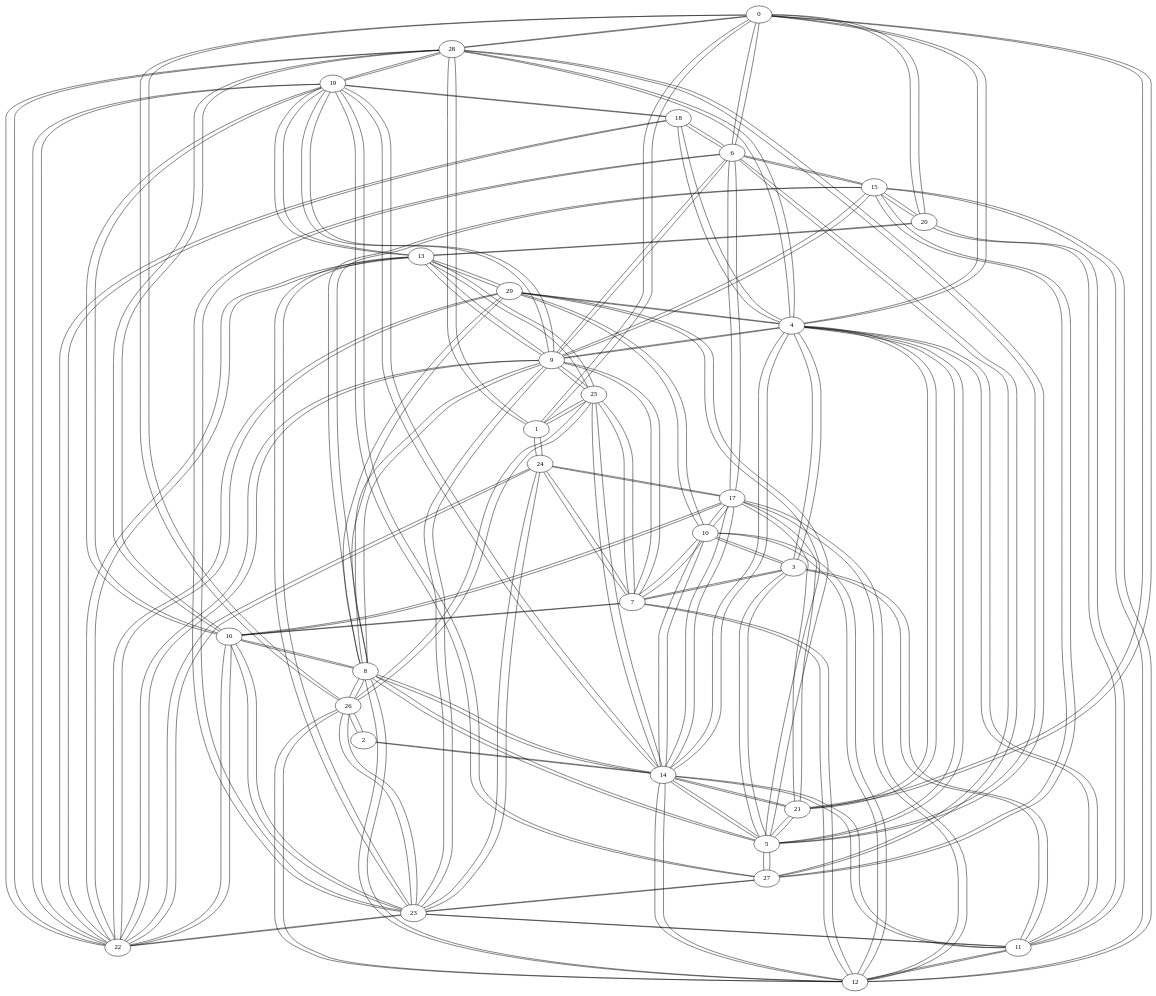
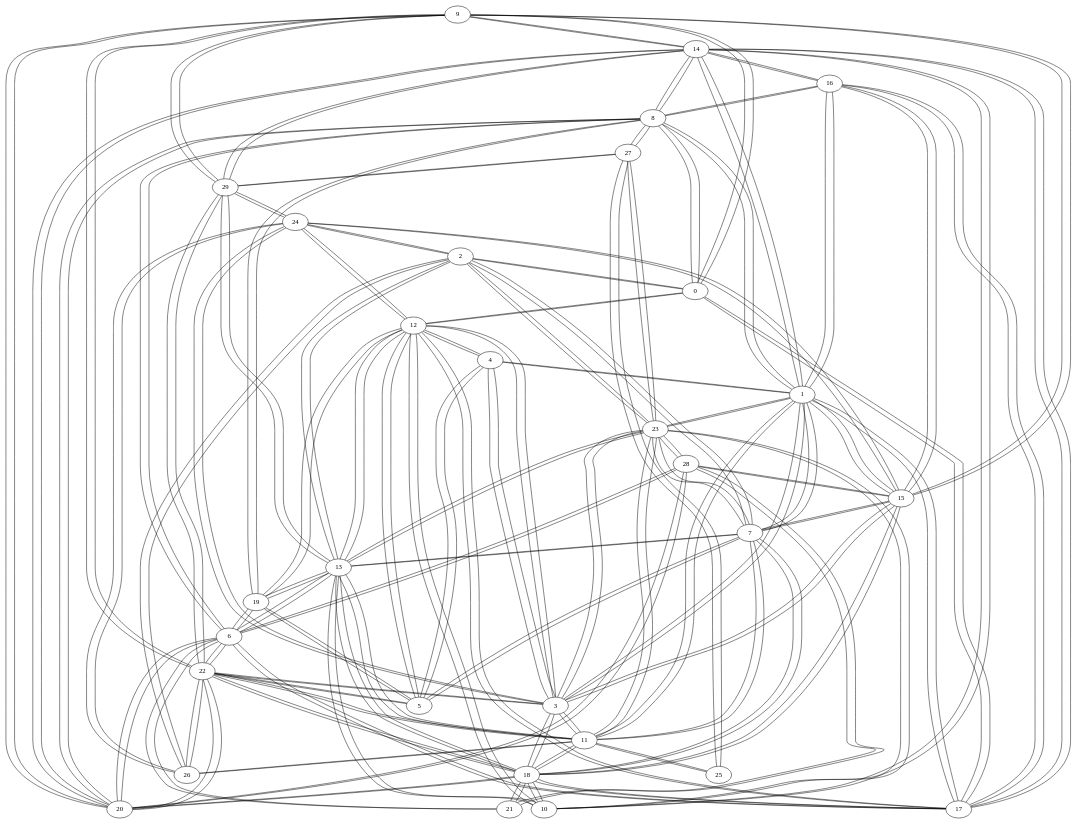
The diagram in grafo_erdos30.gv (GusRojas/Grafos2DAA_A24), drawn with Graphviz before and after one commit. The commit also changed 14 other files, not shown here.

```diff
--- a/grafo_erdos30.gv
+++ b/grafo_erdos30.gv
@@ -1,202 +1,202 @@
 graph {
-  0 -- 28;
-  0 -- 20;
-  0 -- 6;
-  0 -- 1;
-  0 -- 26;
-  0 -- 21;
-  0 -- 4;
-  28 -- 0;
-  28 -- 16;
-  28 -- 5;
-  28 -- 4;
-  28 -- 22;
-  28 -- 1;
-  28 -- 19;
+  9 -- 14;
+  9 -- 22;
+  9 -- 29;
+  9 -- 15;
+  9 -- 20;
+  9 -- 0;
+  14 -- 9;
+  14 -- 29;
+  14 -- 1;
+  14 -- 17;
+  14 -- 20;
+  14 -- 10;
+  14 -- 8;
+  14 -- 16;
+  22 -- 9;
+  22 -- 18;
+  22 -- 29;
+  22 -- 5;
+  22 -- 6;
+  22 -- 26;
+  22 -- 11;
+  22 -- 3;
+  22 -- 20;
+  17 -- 18;
+  17 -- 1;
+  17 -- 6;
+  17 -- 12;
+  17 -- 14;
+  17 -- 16;
+  17 -- 0;
+  18 -- 17;
+  18 -- 11;
+  18 -- 22;
+  18 -- 20;
+  18 -- 21;
+  18 -- 10;
+  18 -- 15;
+  18 -- 13;
+  18 -- 3;
+  18 -- 7;
+  15 -- 24;
+  15 -- 1;
+  15 -- 16;
+  15 -- 3;
+  15 -- 9;
+  15 -- 28;
+  15 -- 18;
+  15 -- 7;
+  24 -- 15;
+  24 -- 12;
+  24 -- 29;
+  24 -- 26;
+  24 -- 2;
+  24 -- 3;
+  12 -- 24;
+  12 -- 13;
+  12 -- 19;
+  12 -- 5;
+  12 -- 17;
+  12 -- 10;
+  12 -- 3;
+  12 -- 0;
+  12 -- 4;
+  11 -- 18;
   11 -- 23;
+  11 -- 7;
+  11 -- 26;
+  11 -- 25;
+  11 -- 13;
   11 -- 3;
-  11 -- 14;
-  11 -- 12;
-  11 -- 4;
-  11 -- 20;
+  11 -- 1;
+  11 -- 22;
   23 -- 11;
-  23 -- 22;
-  23 -- 24;
-  23 -- 9;
-  23 -- 6;
-  23 -- 16;
+  23 -- 3;
   23 -- 13;
-  23 -- 26;
+  23 -- 10;
   23 -- 27;
-  16 -- 28;
+  23 -- 7;
+  23 -- 28;
+  23 -- 1;
+  23 -- 2;
+  7 -- 11;
+  7 -- 5;
+  7 -- 13;
+  7 -- 23;
+  7 -- 2;
+  7 -- 18;
+  7 -- 15;
+  7 -- 1;
+  13 -- 12;
+  13 -- 2;
+  13 -- 23;
+  13 -- 29;
+  13 -- 7;
+  13 -- 11;
+  13 -- 10;
+  13 -- 19;
+  13 -- 6;
+  13 -- 18;
+  3 -- 23;
+  3 -- 4;
+  3 -- 15;
+  3 -- 11;
+  3 -- 18;
+  3 -- 12;
+  3 -- 1;
+  3 -- 22;
+  3 -- 24;
+  8 -- 16;
+  8 -- 1;
+  8 -- 19;
+  8 -- 6;
+  8 -- 27;
+  8 -- 0;
+  8 -- 14;
+  8 -- 20;
   16 -- 8;
-  16 -- 7;
+  16 -- 15;
   16 -- 17;
-  16 -- 23;
-  16 -- 19;
-  16 -- 22;
-  14 -- 19;
-  14 -- 4;
-  14 -- 21;
-  14 -- 10;
-  14 -- 2;
-  14 -- 5;
-  14 -- 17;
-  14 -- 11;
-  14 -- 25;
-  14 -- 12;
-  14 -- 8;
-  19 -- 14;
-  19 -- 22;
-  19 -- 18;
-  19 -- 9;
-  19 -- 27;
+  16 -- 14;
+  16 -- 1;
+  1 -- 15;
+  1 -- 17;
+  1 -- 8;
+  1 -- 14;
+  1 -- 23;
+  1 -- 11;
+  1 -- 7;
+  1 -- 3;
+  1 -- 4;
+  1 -- 16;
+  29 -- 14;
+  29 -- 22;
+  29 -- 13;
+  29 -- 27;
+  29 -- 24;
+  29 -- 9;
+  2 -- 13;
+  2 -- 26;
+  2 -- 0;
+  2 -- 7;
+  2 -- 24;
+  2 -- 23;
+  20 -- 28;
+  20 -- 18;
+  20 -- 14;
+  20 -- 6;
+  20 -- 9;
+  20 -- 8;
+  20 -- 22;
+  28 -- 20;
+  28 -- 15;
+  28 -- 6;
+  28 -- 23;
+  28 -- 21;
+  19 -- 12;
+  19 -- 8;
+  19 -- 6;
   19 -- 13;
-  19 -- 16;
-  19 -- 28;
-  5 -- 28;
-  5 -- 8;
-  5 -- 14;
-  5 -- 21;
-  5 -- 27;
+  19 -- 5;
+  4 -- 5;
+  4 -- 3;
+  4 -- 1;
+  4 -- 12;
   5 -- 4;
-  5 -- 3;
-  5 -- 29;
+  5 -- 12;
+  5 -- 7;
+  5 -- 22;
+  5 -- 19;
+  26 -- 11;
+  26 -- 2;
+  26 -- 22;
+  26 -- 24;
+  25 -- 11;
+  25 -- 27;
+  21 -- 18;
+  21 -- 6;
+  21 -- 28;
+  10 -- 23;
+  10 -- 12;
+  10 -- 18;
+  10 -- 14;
+  10 -- 13;
+  27 -- 29;
+  27 -- 23;
+  27 -- 8;
+  27 -- 25;
   6 -- 17;
-  6 -- 18;
-  6 -- 0;
-  6 -- 9;
-  6 -- 23;
-  6 -- 27;
-  6 -- 15;
-  17 -- 6;
-  17 -- 10;
-  17 -- 14;
-  17 -- 21;
-  17 -- 16;
-  17 -- 12;
-  17 -- 24;
-  1 -- 24;
-  1 -- 25;
-  1 -- 28;
-  1 -- 0;
-  24 -- 1;
-  24 -- 23;
-  24 -- 7;
-  24 -- 22;
-  24 -- 17;
-  9 -- 15;
-  9 -- 4;
-  9 -- 13;
-  9 -- 23;
-  9 -- 7;
-  9 -- 6;
-  9 -- 25;
-  9 -- 19;
-  9 -- 22;
-  9 -- 8;
-  15 -- 9;
-  15 -- 27;
-  15 -- 8;
-  15 -- 6;
-  15 -- 20;
-  15 -- 12;
-  4 -- 14;
-  4 -- 29;
-  4 -- 18;
-  4 -- 9;
-  4 -- 28;
-  4 -- 21;
-  4 -- 5;
-  4 -- 11;
-  4 -- 3;
-  4 -- 0;
-  21 -- 14;
-  21 -- 5;
-  21 -- 4;
-  21 -- 17;
-  21 -- 0;
-  8 -- 12;
-  8 -- 26;
-  8 -- 5;
-  8 -- 16;
-  8 -- 29;
-  8 -- 14;
-  8 -- 15;
-  8 -- 9;
-  12 -- 8;
-  12 -- 11;
-  12 -- 14;
-  12 -- 17;
-  12 -- 7;
-  12 -- 15;
-  12 -- 26;
-  12 -- 10;
-  29 -- 4;
-  29 -- 10;
-  29 -- 8;
-  29 -- 13;
-  29 -- 22;
-  29 -- 5;
-  22 -- 23;
-  22 -- 19;
-  22 -- 18;
-  22 -- 28;
-  22 -- 13;
-  22 -- 9;
-  22 -- 24;
-  22 -- 29;
-  22 -- 16;
-  26 -- 8;
-  26 -- 25;
-  26 -- 0;
-  26 -- 2;
-  26 -- 23;
-  26 -- 12;
-  18 -- 4;
-  18 -- 6;
-  18 -- 22;
-  18 -- 19;
-  10 -- 17;
-  10 -- 14;
-  10 -- 29;
-  10 -- 7;
-  10 -- 3;
-  10 -- 12;
-  2 -- 14;
-  2 -- 26;
-  25 -- 26;
-  25 -- 1;
-  25 -- 14;
-  25 -- 9;
-  25 -- 7;
-  25 -- 13;
-  20 -- 0;
-  20 -- 13;
-  20 -- 15;
-  20 -- 11;
-  7 -- 24;
-  7 -- 9;
-  7 -- 16;
-  7 -- 10;
-  7 -- 25;
-  7 -- 3;
-  7 -- 12;
-  3 -- 11;
-  3 -- 5;
-  3 -- 10;
-  3 -- 4;
-  3 -- 7;
-  13 -- 9;
-  13 -- 22;
-  13 -- 20;
-  13 -- 29;
-  13 -- 25;
-  13 -- 19;
-  13 -- 23;
-  27 -- 5;
-  27 -- 15;
-  27 -- 19;
-  27 -- 6;
-  27 -- 23;
+  6 -- 20;
+  6 -- 28;
+  6 -- 22;
+  6 -- 19;
+  6 -- 21;
+  6 -- 13;
+  6 -- 8;
+  0 -- 2;
+  0 -- 8;
+  0 -- 17;
+  0 -- 9;
+  0 -- 12;
 }
```
